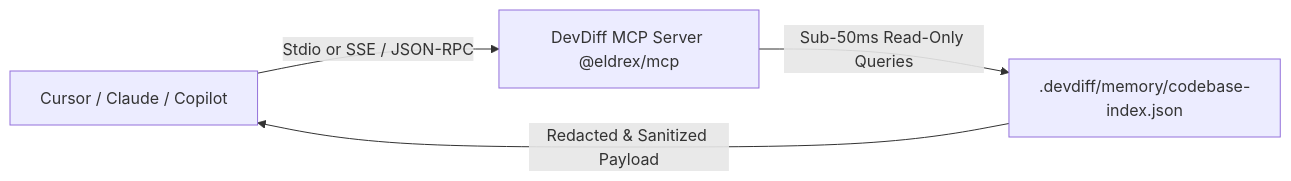
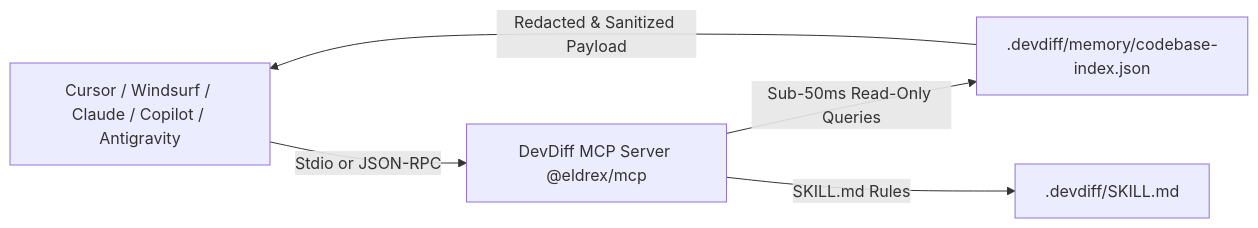
One commit to EldrexDelosReyesBula/DevDiff changed the diagram in docs/integrations/mcp-server.md. Above: the diagram before and after it, drawn with Mermaid. The commit also changed other lines of this file and 68 other files, not shown here.

First line of the commit message:
release: v1.9.0 - comprehensive DevTools suite, VS Code extension fixes, MCP universal server, and documentation overhaul

````diff
--- a/docs/integrations/mcp-server.md
+++ b/docs/integrations/mcp-server.md
@@ -9,6 +9,7 @@
 ```mermaid
 flowchart LR
-    IDEAgent[Cursor / Claude / Copilot] -->|Stdio or SSE / JSON-RPC| MCPServer[DevDiff MCP Server @eldrex/mcp]
+    IDEAgent[Cursor / Windsurf / Claude / Copilot / Antigravity] -->|Stdio or JSON-RPC| MCPServer[DevDiff MCP Server @eldrex/mcp]
     MCPServer -->|Sub-50ms Read-Only Queries| MemoryIndex[.devdiff/memory/codebase-index.json]
+    MCPServer -->|SKILL.md Rules| SkillLoader[.devdiff/SKILL.md]
     MemoryIndex -->|Redacted & Sanitized Payload| IDEAgent
 ```
````
